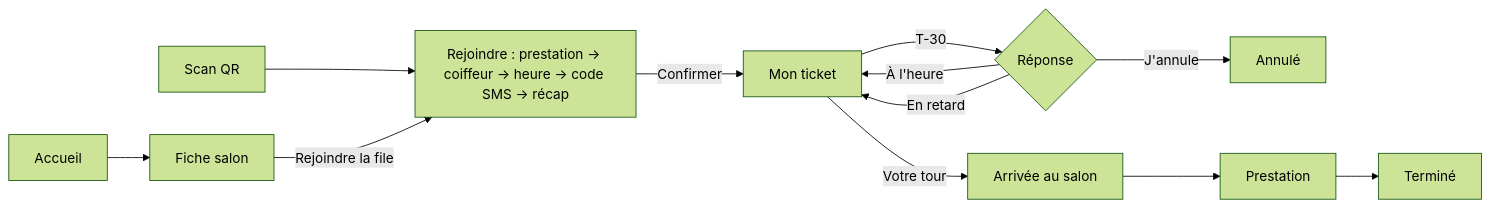
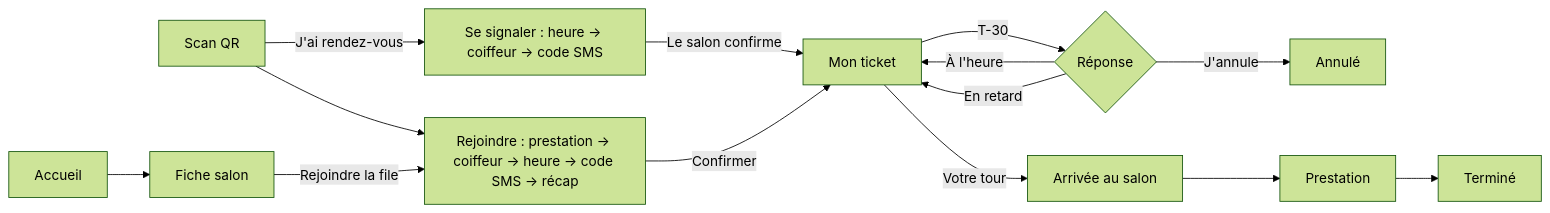
One commit to Conniek/Zelate changed the first of 2 diagrams in docs/APP_FLOW.md. Above: the diagram before and after it, drawn with Mermaid (forest theme). The commit also changed other lines of this file and 15 other files, not shown here.

First line of the commit message:
docs: align TRD, schema, app flow, design system and plan with PRD v1.1

````diff
--- a/docs/APP_FLOW.md
+++ b/docs/APP_FLOW.md
@@ -82,14 +85,16 @@
 ```mermaid
 flowchart LR
   A[Accueil] --> B[Fiche salon]
   Q[Scan QR] --> J
+  Q -->|J'ai rendez-vous| CI[Se signaler : heure → coiffeur → code SMS]
+  CI -->|Le salon confirme| T
   B -->|Rejoindre la file| J[Rejoindre : prestation → coiffeur → heure → code SMS → récap]
   J -->|Confirmer| T[Mon ticket]
   T -->|T-30| R{Réponse}
   R -->|À l'heure| T
   R -->|En retard| T
   R -->|J'annule| X[Annulé]
   T -->|Votre tour| ARR[Arrivée au salon]
   ARR --> P[Prestation]
   P --> F[Terminé]
 ```
````
